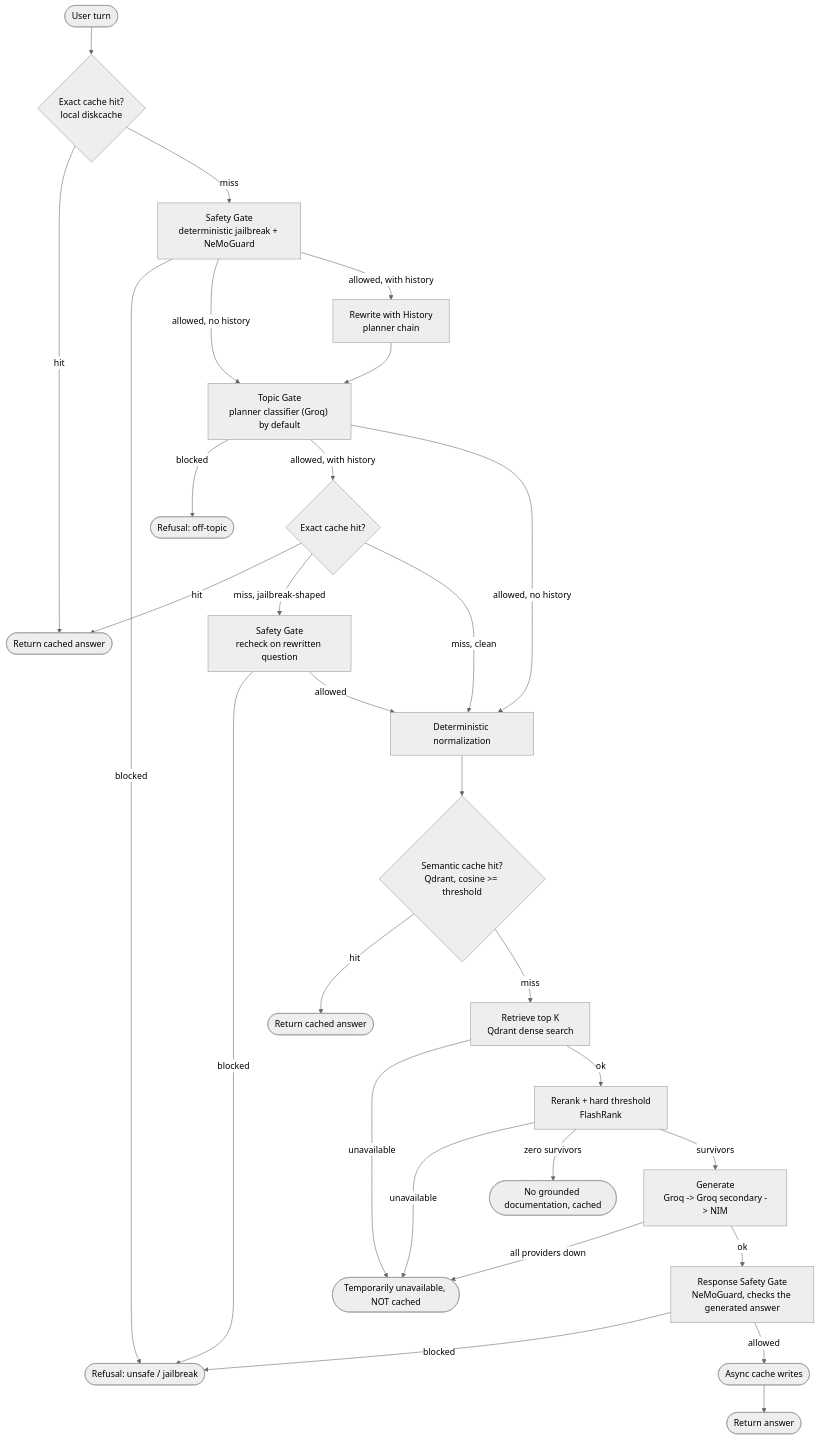
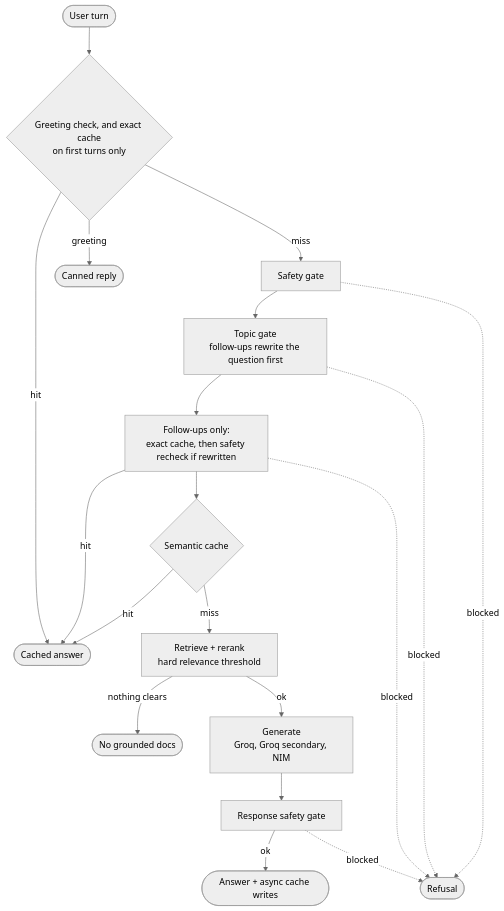
The diagram in README.md (abhinavharbola/kubernetes-gated-rag), drawn with Mermaid (neutral theme) before and after one commit. The commit also changed other lines of this file and 2 other files, not shown here.

````diff
--- a/README.md
+++ b/README.md
@@ -28,31 +28,21 @@
 ```mermaid
 flowchart TD
-    Start([User turn]) --> ExactCache{"Exact cache hit?\nlocal diskcache"}
-    ExactCache -->|hit| ReturnExact([Return cached answer])
-    ExactCache -->|miss| Safety["Safety Gate\ndeterministic jailbreak + NeMoGuard"]
-    Safety -->|blocked| RefusalUnsafe([Refusal: unsafe / jailbreak])
-    Safety -->|allowed, no history| Topic["Topic Gate\nplanner classifier (Groq) by default"]
-    Safety -->|allowed, with history| Rewrite["Rewrite with History\nplanner chain"]
-    Rewrite --> Topic
-    Topic -->|blocked| RefusalOffTopic([Refusal: off-topic])
-    Topic -->|allowed, with history| LateExact{"Exact cache hit?"}
-    Topic -->|allowed, no history| Canonicalize["Deterministic normalization"]
-    LateExact -->|hit| ReturnExact
-    LateExact -->|miss, jailbreak-shaped| LateSafety["Safety Gate\nrecheck on rewritten question"]
-    LateSafety -->|blocked| RefusalUnsafe
-    LateSafety -->|allowed| Canonicalize
-    LateExact -->|miss, clean| Canonicalize
-    Canonicalize --> SemanticCache{"Semantic cache hit?\nQdrant, cosine >= threshold"}
-    SemanticCache -->|hit| ReturnSemantic([Return cached answer])
-    SemanticCache -->|miss| Retrieve["Retrieve top K\nQdrant dense search"]
-    Retrieve -->|unavailable| ServiceDown([Temporarily unavailable, NOT cached])
-    Retrieve -->|ok| Rerank["Rerank + hard threshold\nFlashRank"]
-    Rerank -->|unavailable| ServiceDown
-    Rerank -->|zero survivors| NoContext([No grounded documentation, cached])
-    Rerank -->|survivors| Generate["Generate\nGroq -> Groq secondary -> NIM"]
-    Generate -->|all providers down| ServiceDown
-    Generate -->|ok| ResponseSafety["Response Safety Gate\nNeMoGuard, checks the generated answer"]
-    ResponseSafety -->|blocked| RefusalUnsafe
-    ResponseSafety -->|allowed| WriteCache([Async cache writes])
-    WriteCache --> ReturnAnswer([Return answer])
+    Start([User turn]) --> Exact{"Greeting check, and exact cache\non first turns only"}
+    Exact -->|hit| Cached([Cached answer])
+    Exact -->|greeting| Hello([Canned reply])
+    Exact -->|miss| Safety["Safety gate"]
+    Safety --> Topic["Topic gate\nfollow-ups rewrite the question first"]
+    Topic --> Recheck["Follow-ups only:\nexact cache, then safety recheck if rewritten"]
+    Recheck -->|hit| Cached
+    Recheck --> Semantic{"Semantic cache"}
+    Semantic -->|hit| Cached
+    Semantic -->|miss| Retrieve["Retrieve + rerank\nhard relevance threshold"]
+    Retrieve -->|nothing clears| NoDocs([No grounded docs])
+    Retrieve -->|ok| Generate["Generate\nGroq, Groq secondary, NIM"]
+    Generate --> Check["Response safety gate"]
+    Check -->|ok| Answer([Answer + async cache writes])
+    Safety -.->|blocked| Refusal([Refusal])
+    Topic -.->|blocked| Refusal
+    Recheck -.->|blocked| Refusal
+    Check -.->|blocked| Refusal
 ```
````
